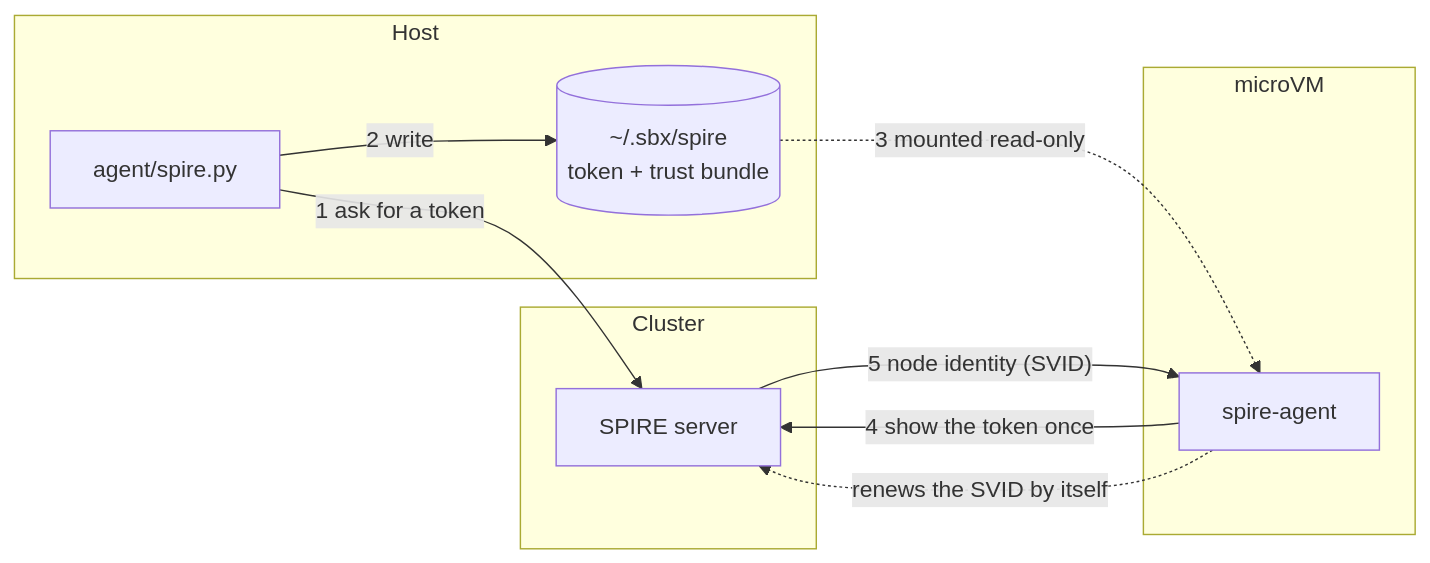
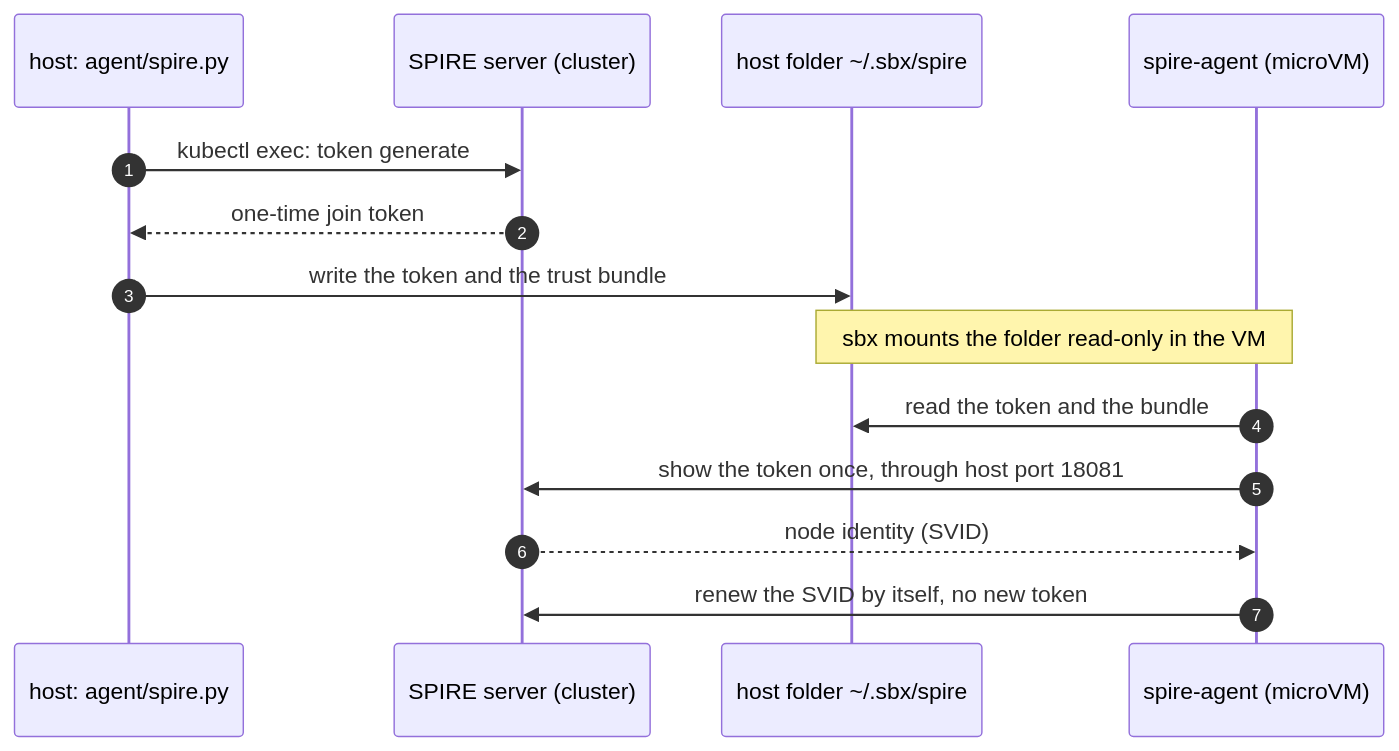
One commit to raghav19/engineersdaybook changed the first of 2 diagrams in .sbx/README.md. Above: the diagram before and after it, drawn with Mermaid. The commit also changed other lines of this file, not shown here.

First line of the commit message:
Reshape the node identity section of the sbx README

````diff
--- a/.sbx/README.md
+++ b/.sbx/README.md
@@ -68,20 +70,17 @@
 ```mermaid
-flowchart LR
-    subgraph host["Host"]
-        script["agent/spire.py"]
-        folder[("~/.sbx/spire<br/>token + trust bundle")]
-    end
-    subgraph cluster["Cluster"]
-        server["SPIRE server"]
-    end
-    subgraph vm["microVM"]
-        agent["spire-agent"]
-    end
+sequenceDiagram
+    autonumber
+    participant H as host: agent/spire.py
+    participant S as SPIRE server (cluster)
+    participant F as host folder ~/.sbx/spire
+    participant A as spire-agent (microVM)
 
-    script -- "1 ask for a token" --> server
-    script -- "2 write" --> folder
-    folder -. "3 mounted read-only" .-> agent
-    agent -- "4 show the token once" --> server
-    server -- "5 node identity (SVID)" --> agent
-    agent -. "renews the SVID by itself" .-> server
+    H->>S: kubectl exec: token generate
+    S-->>H: one-time join token
+    H->>F: write the token and the trust bundle
+    Note over F,A: sbx mounts the folder read-only in the VM
+    A->>F: read the token and the bundle
+    A->>S: show the token once, through host port 18081
+    S-->>A: node identity (SVID)
+    A->>S: renew the SVID by itself, no new token
 ```
````
